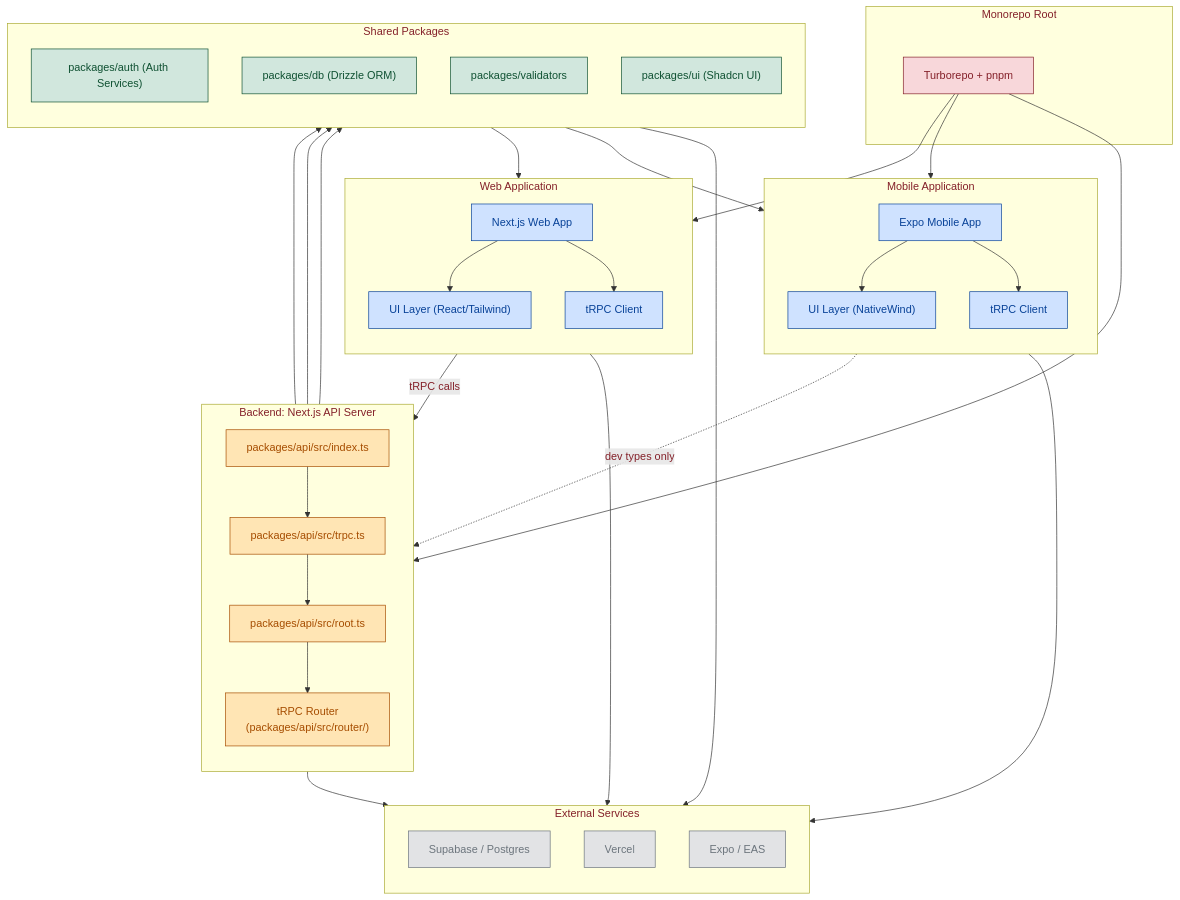
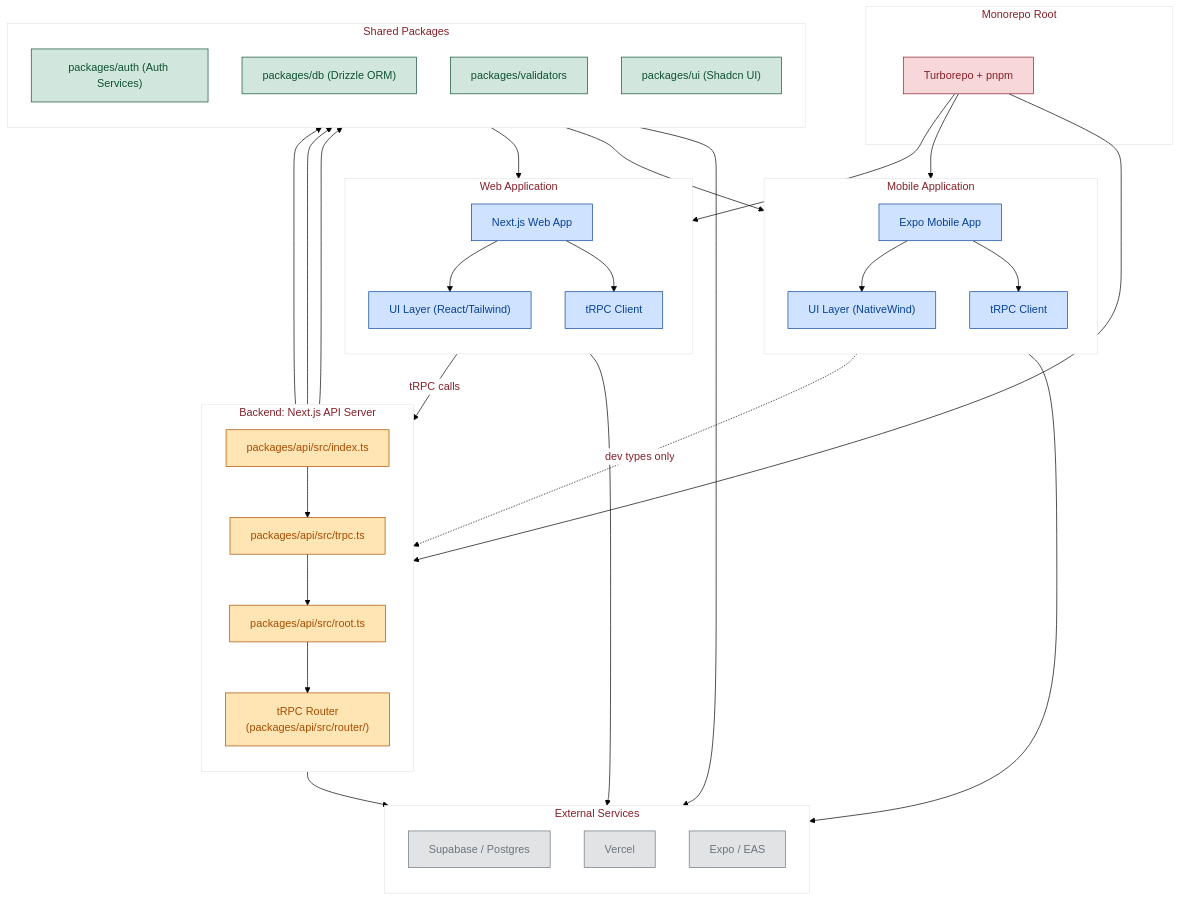
One commit to Adiwanwade/everynote changed the diagram in README.md. Above: the diagram before and after it, drawn with Mermaid.

````diff
--- a/README.md
+++ b/README.md
@@ -141,4 +141,5 @@
 ```mermaid
+%%{init: {'theme':'base', 'themeVariables': {'primaryColor': '#ffffff', 'primaryTextColor': '#000000', 'primaryBorderColor': '#000000', 'lineColor': '#000000', 'secondaryColor': '#ffffff', 'tertiaryColor': '#ffffff', 'background': '#ffffff', 'mainBkg': '#ffffff', 'secondBkg': '#ffffff', 'tertiaryBkg': '#ffffff'}}}%%
 flowchart TD
     subgraph "Monorepo Root"
         Root["Turborepo + pnpm"]:::root
````
